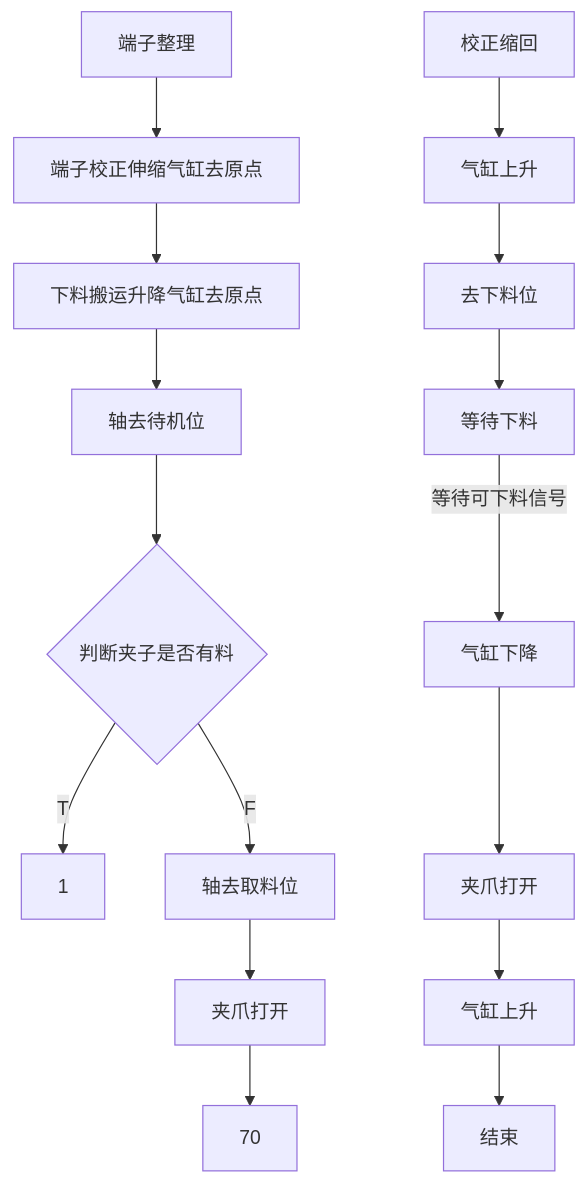
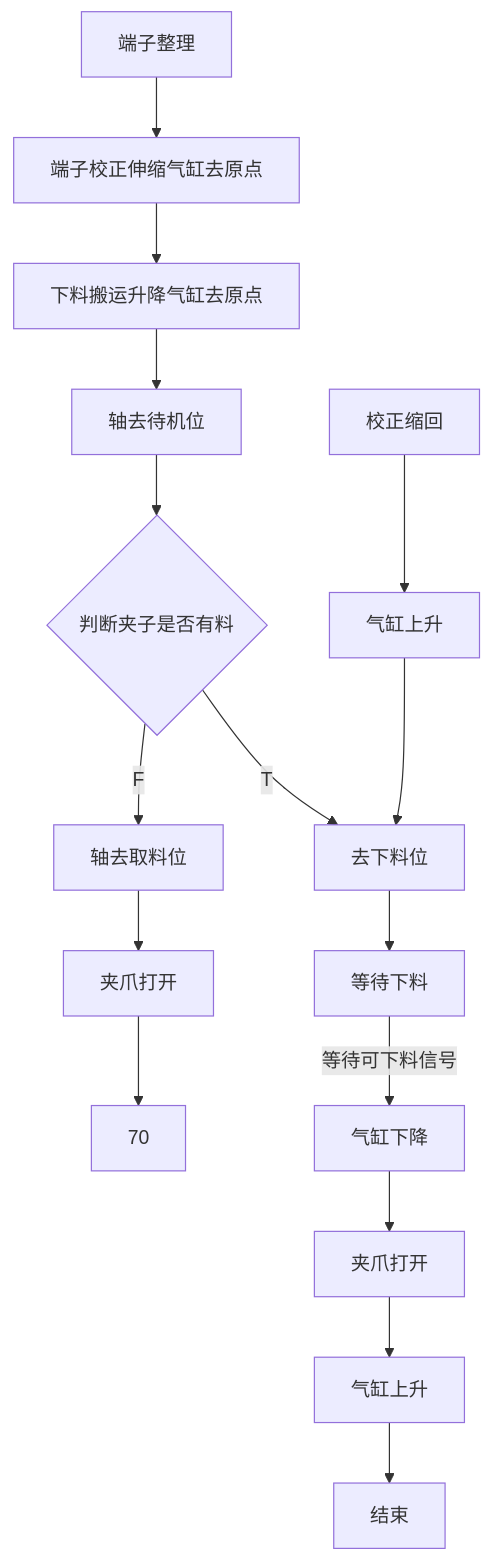
One commit to zmq000/iodraw-files changed the diagram in all/VR-OP90端子整理.md. Above: the diagram before and after it, drawn with Mermaid.

Commit message:
2026-06-18 11:08:03 update

````diff
--- a/all/VR-OP90端子整理.md
+++ b/all/VR-OP90端子整理.md
@@ -1,26 +1,26 @@
 ```mermaid
 graph TD
 0[端子整理]-->10
 10[端子校正伸缩气缸去原点]-->20
 20[下料搬运升降气缸去原点]-->30
 30[轴去待机位]-->40
-40{判断夹子是否有料}-->|T|1
+40{判断夹子是否有料}-->|T|130
 40-->|F|50
 50[轴去取料位]-->60
 60[夹爪打开]-->70
 %% 70[下降到位]-->80
 %% 80[夹爪加紧]-->90
 %% 90[校正伸出]-->100
 %% 100[预留]-->110
 110[校正缩回]-->120
 120[气缸上升]-->130
 130[去下料位]-->140
 140[等待下料]-->|等待可下料信号|150
 150[气缸下降]-->160
 160[夹爪打开]-->170
 170[气缸上升]-->180
 180[结束]
 
 
   
 ```
````
